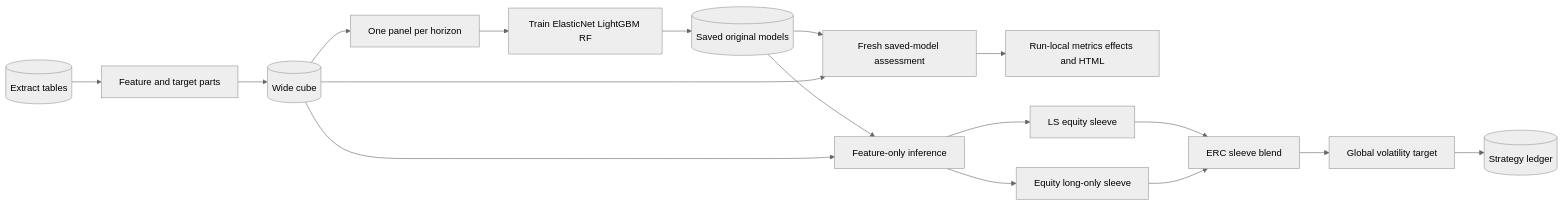
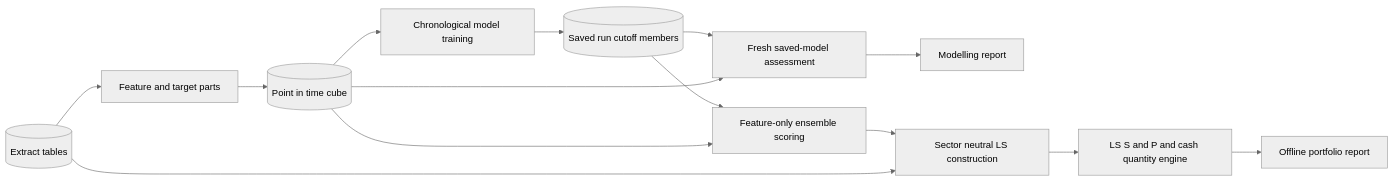
Before and after one commit to alexandredelarrard/PEA: the diagram in wiki/architecture/feature-to-portfolio.md, drawn with Mermaid (neutral theme). The commit also changed other lines of this file and 23 other files, not shown here.

Commit message:
Document standalone portfolio workflow and remove stale strategy references

```diff
--- a/wiki/architecture/feature-to-portfolio.md
+++ b/wiki/architecture/feature-to-portfolio.md
@@ -18,19 +16,16 @@
 ~~~mermaid
 flowchart LR
   Sources[(Extract tables)] --> Parts[Feature and target parts]
-  Parts --> Cube[(Wide cube)]
-  Cube --> Horizon[One panel per horizon]
-  Horizon --> Train[Train ElasticNet LightGBM RF]
-  Train --> Models[(Saved original models)]
+  Parts --> Cube[(Point in time cube)]
+  Cube --> Train[Chronological model training]
+  Train --> Models[(Saved run cutoff members)]
   Models --> Assess[Fresh saved-model assessment]
   Cube --> Assess
-  Assess --> Report[Run-local metrics effects and HTML]
-  Models --> Inference[Feature-only inference]
-  Cube --> Inference
-  Inference --> LSEquity[LS equity sleeve]
-  Inference --> LongOnly[Equity long-only sleeve]
-  LSEquity --> Blend[ERC sleeve blend]
-  LongOnly --> Blend
-  Blend --> Vol[Global volatility target]
-  Vol --> Ledger[(Strategy ledger)]
+  Assess --> ModelReport[Modelling report]
+  Models --> Scores[Feature-only ensemble scoring]
+  Cube --> Scores
+  Scores --> Sector[Sector neutral LS construction]
+  Sources --> Sector
+  Sector --> Engine[LS S and P and cash quantity engine]
+  Engine --> Report[Offline portfolio report]
 ~~~
```
